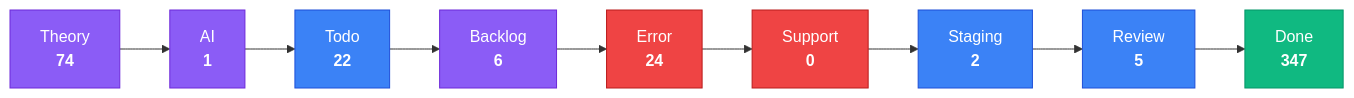
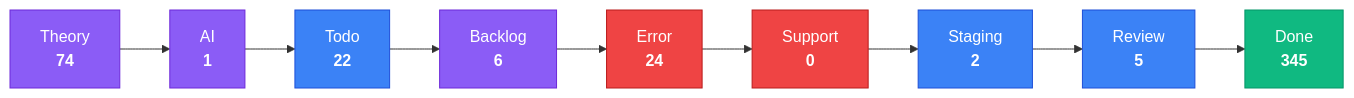
Before and after one commit to KBVE/kbve: the third of 4 diagrams in apps/kbve/astro-kbve/src/content/docs/dashboard/kanban-data.mdx, drawn with Mermaid. The commit also changed other lines of this file and 8 other files, not shown here.

````diff
--- a/apps/kbve/astro-kbve/src/content/docs/dashboard/kanban-data.mdx
+++ b/apps/kbve/astro-kbve/src/content/docs/dashboard/kanban-data.mdx
@@ -80,28 +80,28 @@
 ```mermaid
 flowchart LR
     classDef planning fill:#8b5cf6,stroke:#6d28d9,color:#fff
     classDef active fill:#3b82f6,stroke:#1d4ed8,color:#fff
     classDef blocked fill:#ef4444,stroke:#b91c1c,color:#fff
     classDef done fill:#10b981,stroke:#059669,color:#fff
     Theory["Theory<br/><strong>74</strong>"]
     Theory --> AI
     AI["AI<br/><strong>1</strong>"]
     AI --> Todo
     Todo["Todo<br/><strong>22</strong>"]
     Todo --> Backlog
     Backlog["Backlog<br/><strong>6</strong>"]
     Backlog --> Error
     Error["Error<br/><strong>24</strong>"]
     Error --> Support
     Support["Support<br/><strong>0</strong>"]
     Support --> Staging
     Staging["Staging<br/><strong>2</strong>"]
     Staging --> Review
     Review["Review<br/><strong>5</strong>"]
     Review --> Done
-    Done["Done<br/><strong>347</strong>"]
+    Done["Done<br/><strong>345</strong>"]
     class Theory,AI,Backlog planning
     class Todo,Staging,Review active
     class Error,Support blocked
     class Done done
 ```
````
